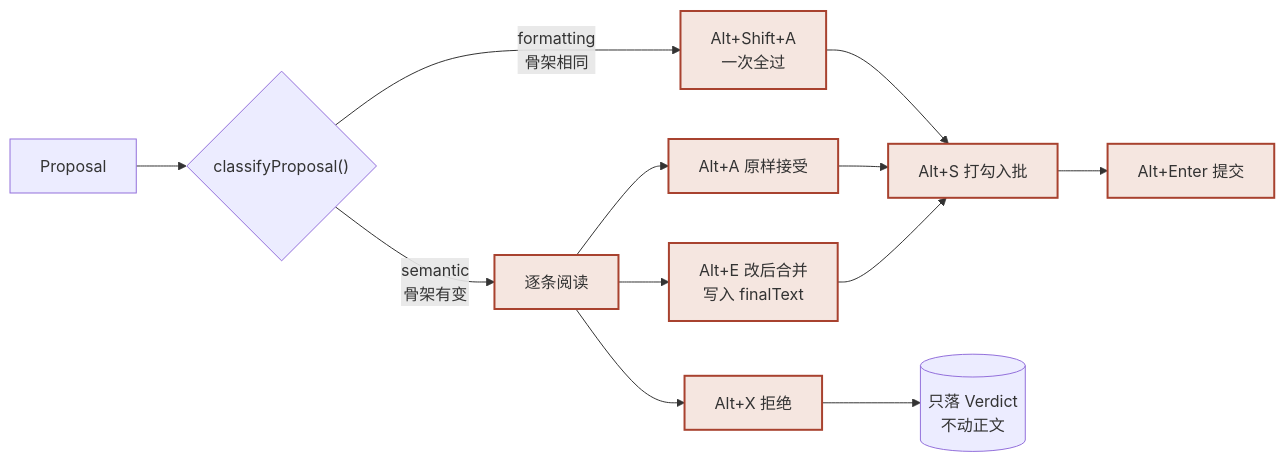
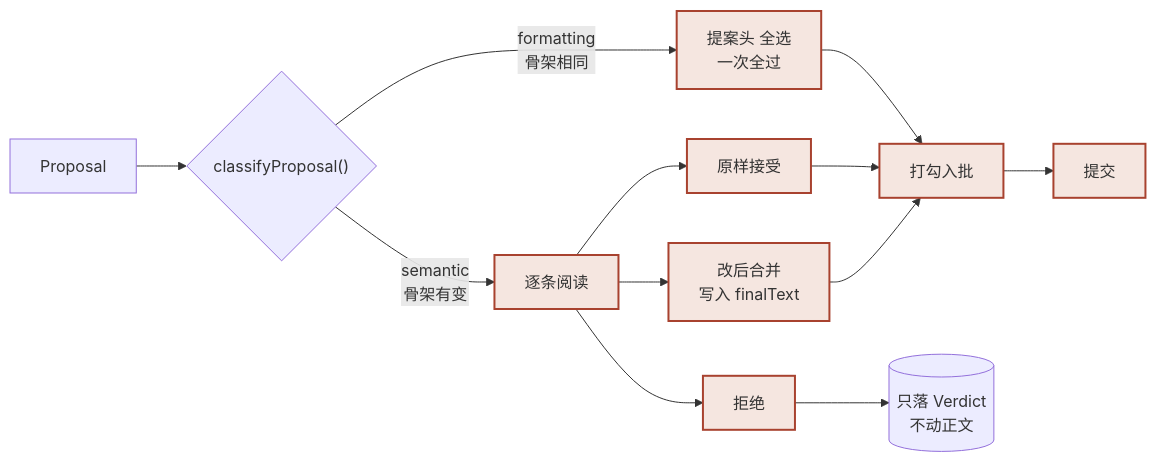
Before and after one commit to 2youg1/RefRain: the second of 2 diagrams in docs/flow.md, drawn with Mermaid. The commit also changed other lines of this file and 36 other files, not shown here.

````diff
--- a/docs/flow.md
+++ b/docs/flow.md
@@ -160,15 +160,15 @@
 ```mermaid
 flowchart LR
     P["Proposal"] --> K{"classifyProposal()"}
-    K -->|"formatting<br/>骨架相同"| F["Alt+Shift+A<br/>一次全过"]
+    K -->|"formatting<br/>骨架相同"| F["提案头 全选<br/>一次全过"]
     K -->|"semantic<br/>骨架有变"| S["逐条阅读"]
-    S --> A["Alt+A 原样接受"]
-    S --> X["Alt+X 拒绝"]
-    S --> E["Alt+E 改后合并<br/>写入 finalText"]
-    F & A & E --> B["Alt+S 打勾入批"]
+    S --> A["原样接受"]
+    S --> X["拒绝"]
+    S --> E["改后合并<br/>写入 finalText"]
+    F & A & E --> B["打勾入批"]
     X --> L[("只落 Verdict<br/>不动正文")]
-    B --> C["Alt+Enter 提交"]
+    B --> C["提交"]
 
     classDef human fill:#f5e6e0,stroke:#a8422f,stroke-width:2px
     class F,S,A,X,E,B,C human
 ```
````
